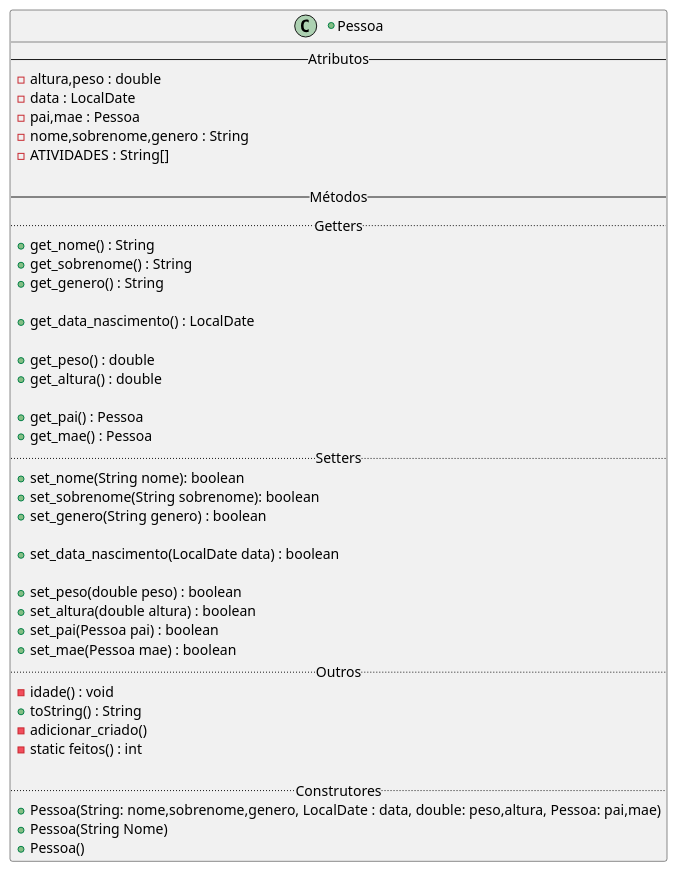
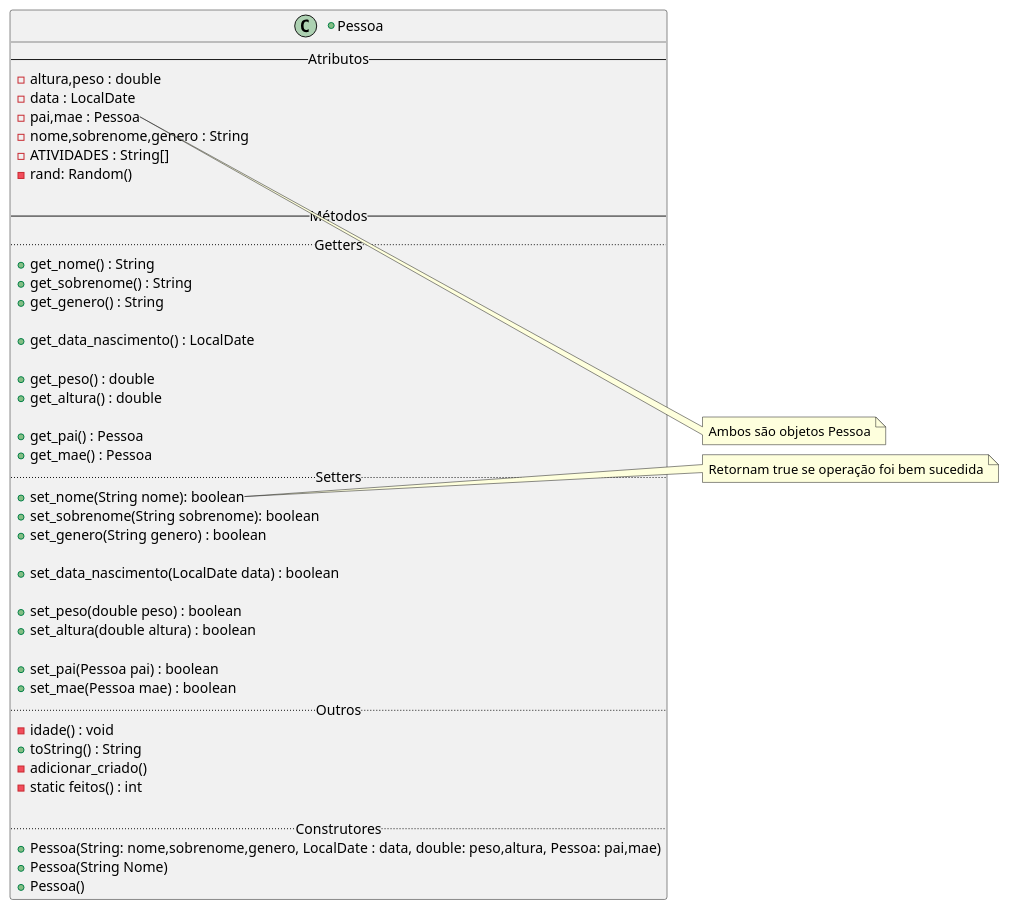
The diagram in LP2/ExP1/diagrama.md (Datto6/LP), drawn with PlantUML before and after one commit.

Commit message:
diagrama final

````diff
--- a/LP2/ExP1/diagrama.md
+++ b/LP2/ExP1/diagrama.md
@@ -1,50 +1,58 @@
 ``` plantuml 
 
 @startuml
 
 +class Pessoa{
 --Atributos--
 -altura,peso : double
 -data : LocalDate
 -pai,mae : Pessoa
 -nome,sobrenome,genero : String
 -ATIVIDADES : String[]
+- rand: Random()
 
 --Métodos--
 ..Getters..
 +get_nome() : String
 +get_sobrenome() : String
 +get_genero() : String
 
 +get_data_nascimento() : LocalDate
 
 +get_peso() : double
 +get_altura() : double
 
 +get_pai() : Pessoa
 +get_mae() : Pessoa
 ..Setters..
 +set_nome(String nome): boolean
 +set_sobrenome(String sobrenome): boolean
 +set_genero(String genero) : boolean
 
 +set_data_nascimento(LocalDate data) : boolean
 
 +set_peso(double peso) : boolean
 +set_altura(double altura) : boolean
+
 +set_pai(Pessoa pai) : boolean
 +set_mae(Pessoa mae) : boolean
 ..Outros..
 -idade() : void
 +toString() : String
 -adicionar_criado()
 - static feitos() : int
 
 ..Construtores..
  +Pessoa(String: nome,sobrenome,genero, LocalDate : data, double: peso,altura, Pessoa: pai,mae)
 + Pessoa(String Nome)
 + Pessoa()
 }
+note right of Pessoa::pai,mae
+ Ambos são objetos Pessoa
+end note
+note right of Pessoa::set_nome
+Retornam true se operação foi bem sucedida
+end note 
 
 @enduml
 ```
````
